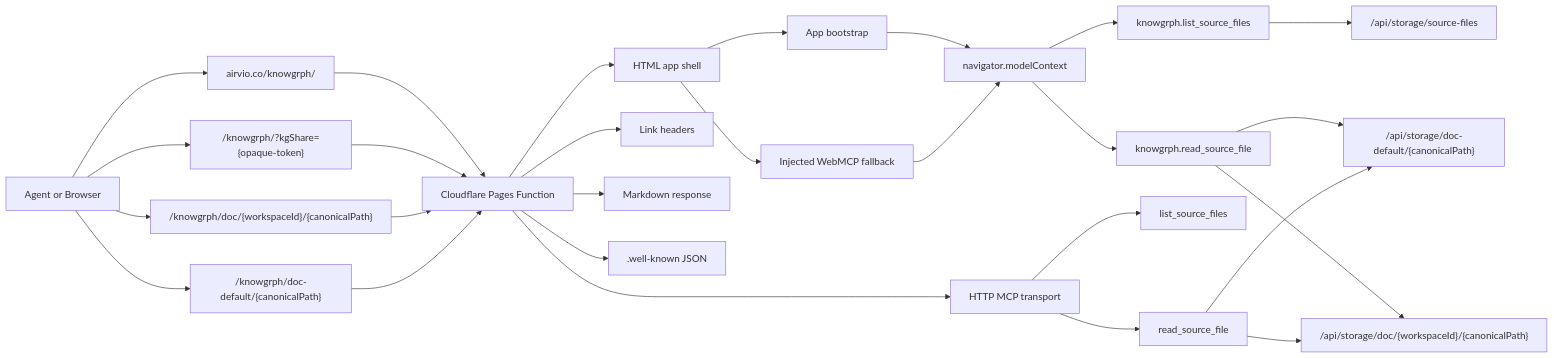
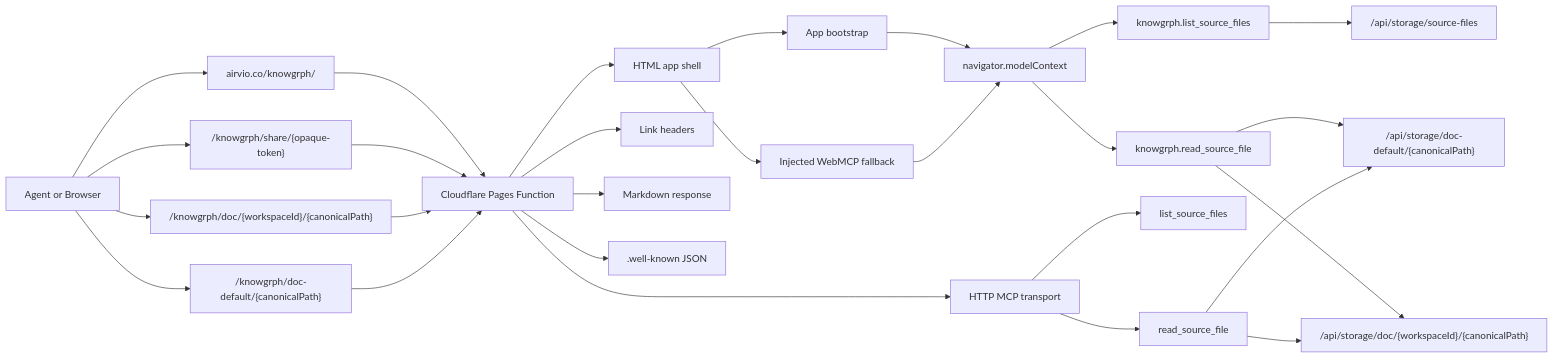
One commit to huijoohwee/knowgrph changed the first of 2 diagrams in docs/documents/knowgrph-agent-ready-prd-tad-proposed.md. Above: the diagram before and after it, drawn with Mermaid. The commit also changed other lines of this file and 9 other files, not shown here.

First line of the commit message:
feat(shared-docs): add /share/{token} canonical share route

````diff
--- a/docs/documents/knowgrph-agent-ready-prd-tad-proposed.md
+++ b/docs/documents/knowgrph-agent-ready-prd-tad-proposed.md
@@ -436,29 +446,29 @@
 ```mermaid
 flowchart LR
   A["Agent or Browser"] --> B["airvio.co/knowgrph/"]
   B --> C["Cloudflare Pages Function"]
   C --> D["HTML app shell"]
   C --> E["Link headers"]
   C --> F["Markdown response"]
   C --> G[".well-known JSON"]
   C --> H["HTTP MCP transport"]
   D --> I["App bootstrap"]
   D --> J["Injected WebMCP fallback"]
   I --> K["navigator.modelContext"]
   J --> K
   K --> L["knowgrph.list_source_files"]
   K --> M["knowgrph.read_source_file"]
   H --> N["list_source_files"]
   H --> O["read_source_file"]
   L --> P["/api/storage/source-files"]
   M --> Q["/api/storage/doc-default/{canonicalPath}"]
   M --> R["/api/storage/doc/{workspaceId}/{canonicalPath}"]
   O --> Q
   O --> R
-  A --> S["/knowgrph/?kgShare={opaque-token}"]
+  A --> S["/knowgrph/share/{opaque-token}"]
   A --> T["/knowgrph/doc/{workspaceId}/{canonicalPath}"]
   A --> U["/knowgrph/doc-default/{canonicalPath}"]
   S --> C
   T --> C
   U --> C
 ```
````
